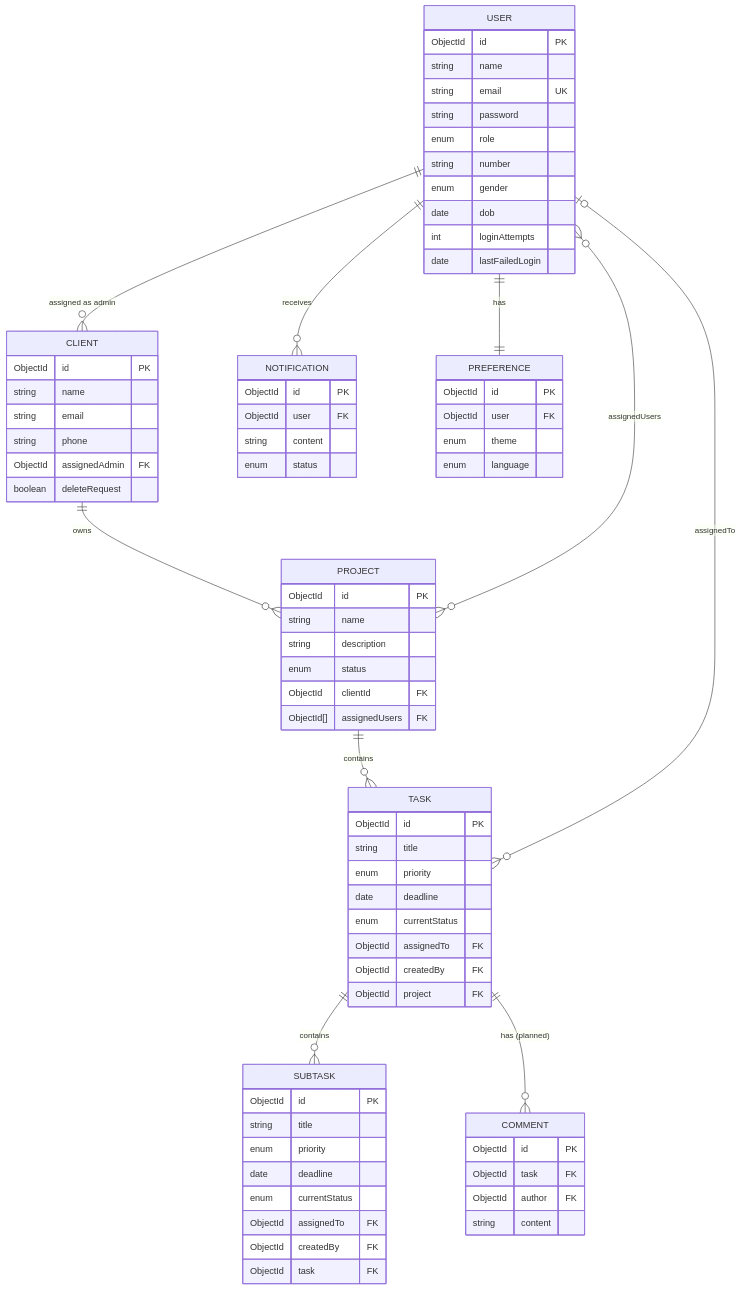
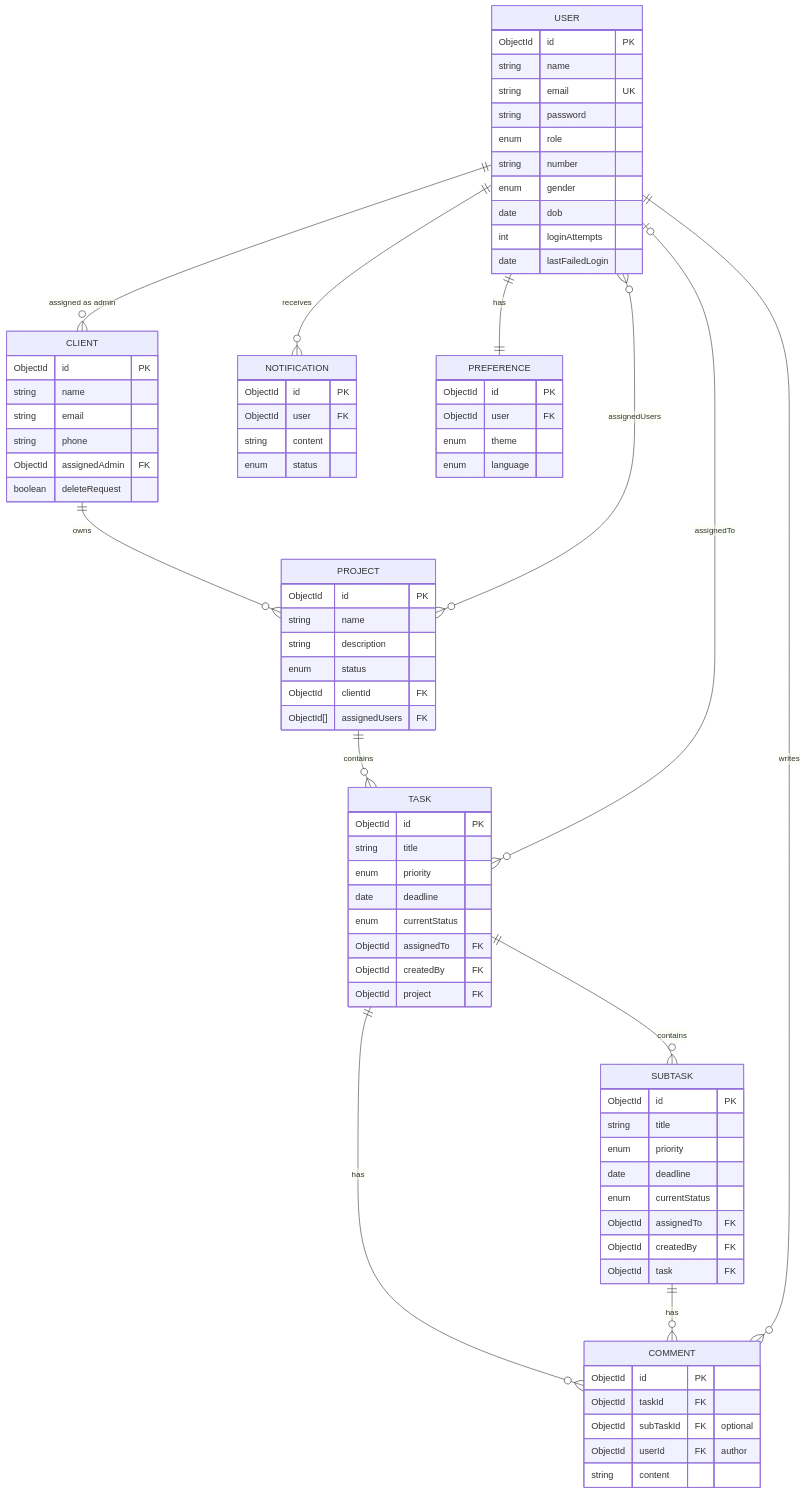
The first of 4 diagrams in docs/SYSTEM_DESIGN.md (Ashish911/projectManagement), drawn with Mermaid before and after one commit. The commit also changed other lines of this file and 14 other files, not shown here.

````diff
--- a/docs/SYSTEM_DESIGN.md
+++ b/docs/SYSTEM_DESIGN.md
@@ -173,79 +179,82 @@
 ```mermaid
 erDiagram
     USER {
         ObjectId id PK
         string name
         string email UK
         string password
         enum role
         string number
         enum gender
         date dob
         int loginAttempts
         date lastFailedLogin
     }
     CLIENT {
         ObjectId id PK
         string name
         string email
         string phone
         ObjectId assignedAdmin FK
         boolean deleteRequest
     }
     PROJECT {
         ObjectId id PK
         string name
         string description
         enum status
         ObjectId clientId FK
         ObjectId[] assignedUsers FK
     }
     TASK {
         ObjectId id PK
         string title
         enum priority
         date deadline
         enum currentStatus
         ObjectId assignedTo FK
         ObjectId createdBy FK
         ObjectId project FK
     }
     SUBTASK {
         ObjectId id PK
         string title
         enum priority
         date deadline
         enum currentStatus
         ObjectId assignedTo FK
         ObjectId createdBy FK
         ObjectId task FK
     }
     NOTIFICATION {
         ObjectId id PK
         ObjectId user FK
         string content
         enum status
     }
     PREFERENCE {
         ObjectId id PK
         ObjectId user FK
         enum theme
         enum language
     }
     COMMENT {
         ObjectId id PK
-        ObjectId task FK
-        ObjectId author FK
+        ObjectId taskId FK
+        ObjectId subTaskId FK "optional"
+        ObjectId userId FK "author"
         string content
     }
 
     USER ||--o{ CLIENT : "assigned as admin"
     CLIENT ||--o{ PROJECT : "owns"
     PROJECT }o--o{ USER : "assignedUsers"
     PROJECT ||--o{ TASK : "contains"
     TASK ||--o{ SUBTASK : "contains"
     TASK }o--o| USER : "assignedTo"
     USER ||--|| PREFERENCE : "has"
     USER ||--o{ NOTIFICATION : "receives"
-    TASK ||--o{ COMMENT : "has (planned)"
+    TASK ||--o{ COMMENT : "has"
+    SUBTASK ||--o{ COMMENT : "has"
+    USER ||--o{ COMMENT : "writes"
 ```
````
